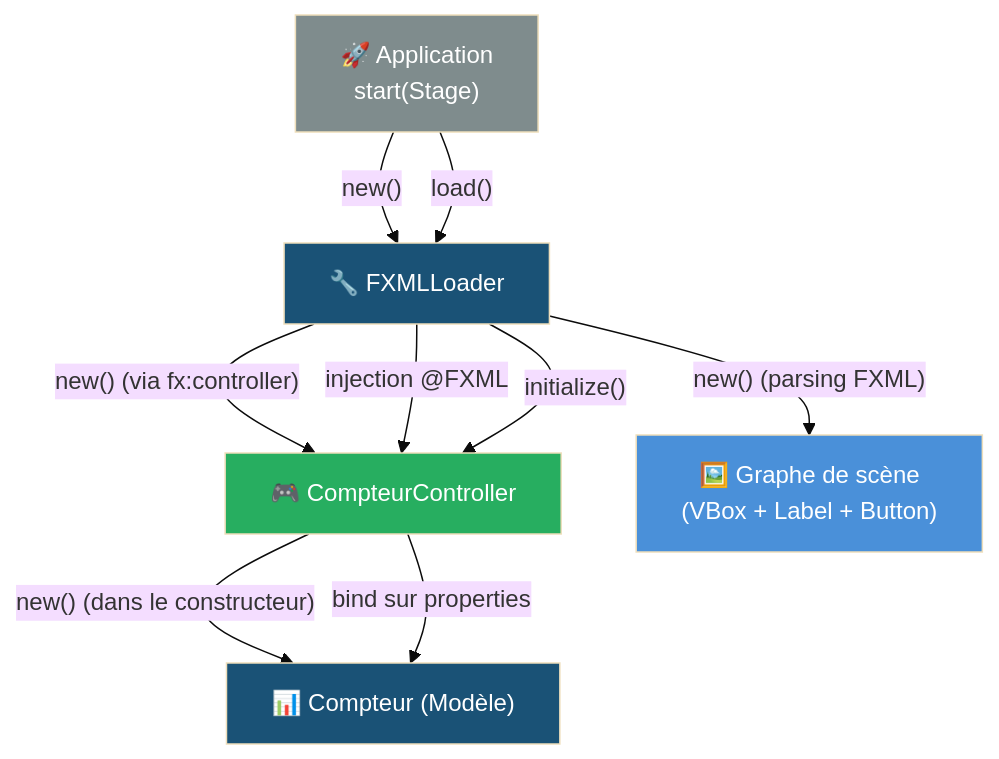
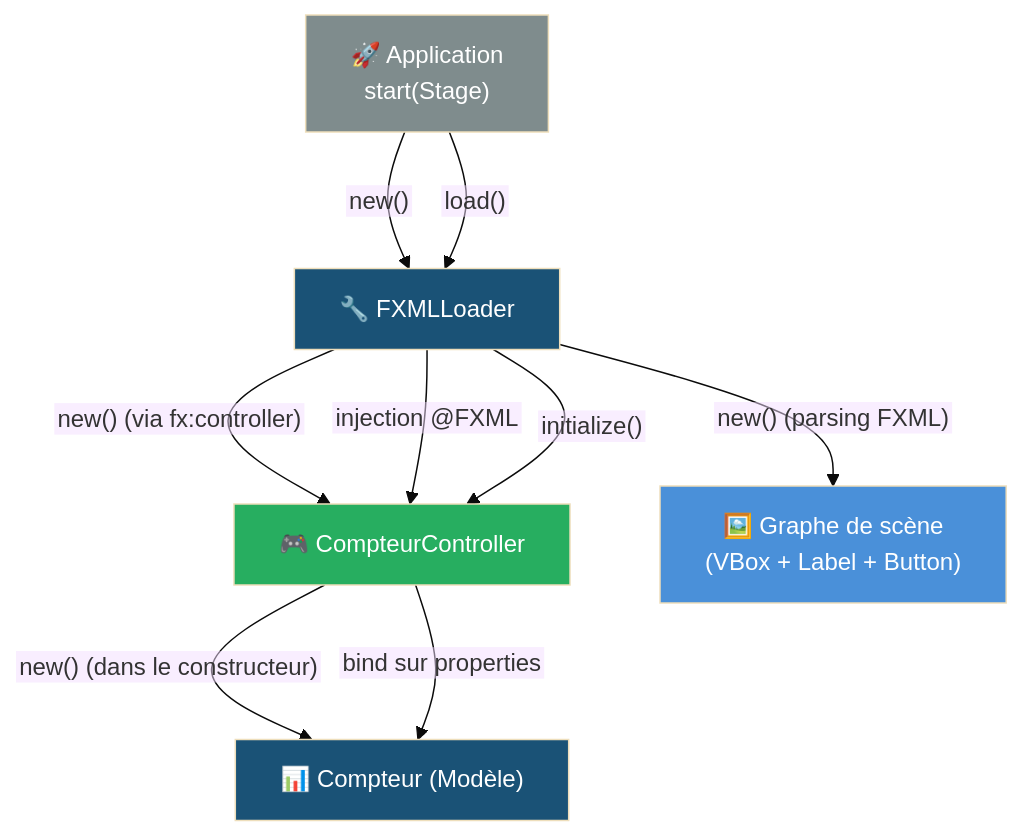
The diagram in scripts/kroki-sources/cm3-mvc-creation.mmd (IUTInfoAix-R202/cours), drawn with Mermaid (base theme) before and after one commit. The commit also changed 4 other files, not shown here.

First line of the commit message:
fix(cm3): remplace le diagramme Mermaid du slide 19 par un SVG inline lisible

```diff
--- a/scripts/kroki-sources/cm3-mvc-creation.mmd
+++ b/scripts/kroki-sources/cm3-mvc-creation.mmd
@@ -1,21 +1,22 @@
+%%{init: {'flowchart': {'htmlLabels': false, 'nodeSpacing': 60, 'rankSpacing': 70}}}%%
 graph TD
     App["🚀 Application<br/>start(Stage)"]
     L["🔧 FXMLLoader"]
     C["🎮 CompteurController"]
     M["📊 Compteur (Modèle)"]
     V["🖼️ Graphe de scène<br/>(VBox + Label + Button)"]
 
     App -->|"new()"| L
     App -->|"load()"| L
     L -->|"new() (via fx:controller)"| C
     L -->|"new() (parsing FXML)"| V
     L -->|"injection @FXML"| C
     C -->|"new() (dans le constructeur)"| M
     L -->|"initialize()"| C
     C -->|"bind sur properties"| M
 
     style App fill:#7f8c8d,color:#fff
     style L fill:#1a5276,color:#fff
     style V fill:#4a90d9,color:#fff
     style C fill:#27ae60,color:#fff
     style M fill:#1a5276,color:#fff
```
